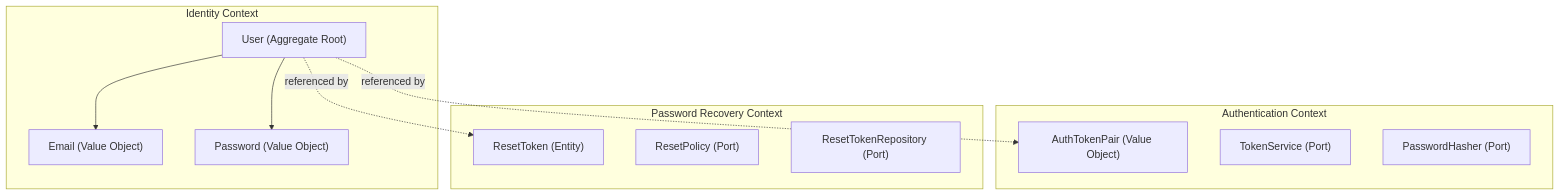
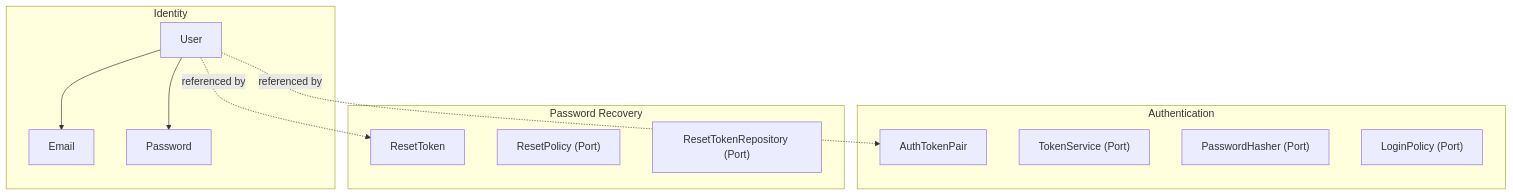
Before and after one commit to blackyblack/engineer-challenge: the first of 2 diagrams in README.md, drawn with Mermaid. The commit also changed other lines of this file and 27 other files, not shown here.

````diff
--- a/README.md
+++ b/README.md
@@ -60,25 +60,26 @@
 ```mermaid
 graph TB
-    subgraph "Identity Context"
-        User["User (Aggregate Root)"]
-        Email["Email (Value Object)"]
-        Password["Password (Value Object)"]
+    subgraph "Identity"
+        User["User"]
+        Email["Email"]
+        Password["Password"]
         User --> Email
         User --> Password
     end
 
-    subgraph "Authentication Context"
-        AuthToken["AuthTokenPair (Value Object)"]
+    subgraph "Authentication"
+        AuthToken["AuthTokenPair"]
         TokenService["TokenService (Port)"]
         PasswordHasher["PasswordHasher (Port)"]
+        LoginPolicy["LoginPolicy (Port)"]
     end
 
-    subgraph "Password Recovery Context"
-        ResetToken["ResetToken (Entity)"]
+    subgraph "Password Recovery"
+        ResetToken["ResetToken"]
         ResetPolicy["ResetPolicy (Port)"]
         ResetTokenRepo["ResetTokenRepository (Port)"]
     end
 
     User -.->|referenced by| AuthToken
     User -.->|referenced by| ResetToken
 ```
````
